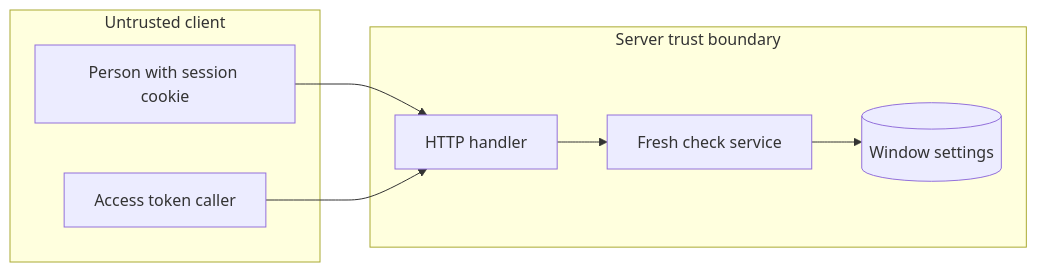
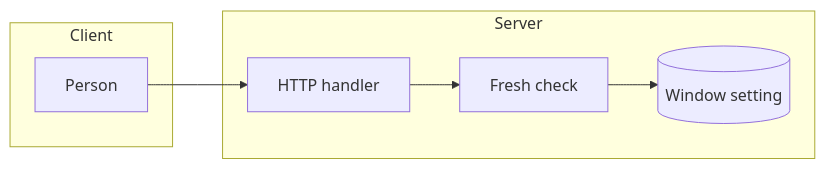
The diagram in openspec/changes/fresh-authentication-window-0-turns/design.md (OpenDustpan/OpenDustpan), drawn with Mermaid before and after one commit. The commit also changed other lines of this file and 12 other files, not shown here.

````diff
--- a/openspec/changes/fresh-authentication-window-0-turns/design.md
+++ b/openspec/changes/fresh-authentication-window-0-turns/design.md
@@ -40,16 +35,11 @@
 ```mermaid
 flowchart LR
-  subgraph Client[Untrusted client]
-    P[Person with session cookie]
-    T[Access token caller]
+  subgraph Client
+    P[Person]
   end
-  subgraph Server[Server trust boundary]
-    H[HTTP handler]
-    S[Fresh check service]
-    W[(Window settings)]
+  subgraph Server
+    H[HTTP handler] --> S[Fresh check]
+    S --> W[(Window setting)]
   end
   P --> H
-  T --> H
-  H --> S
-  S --> W
 ```
````
